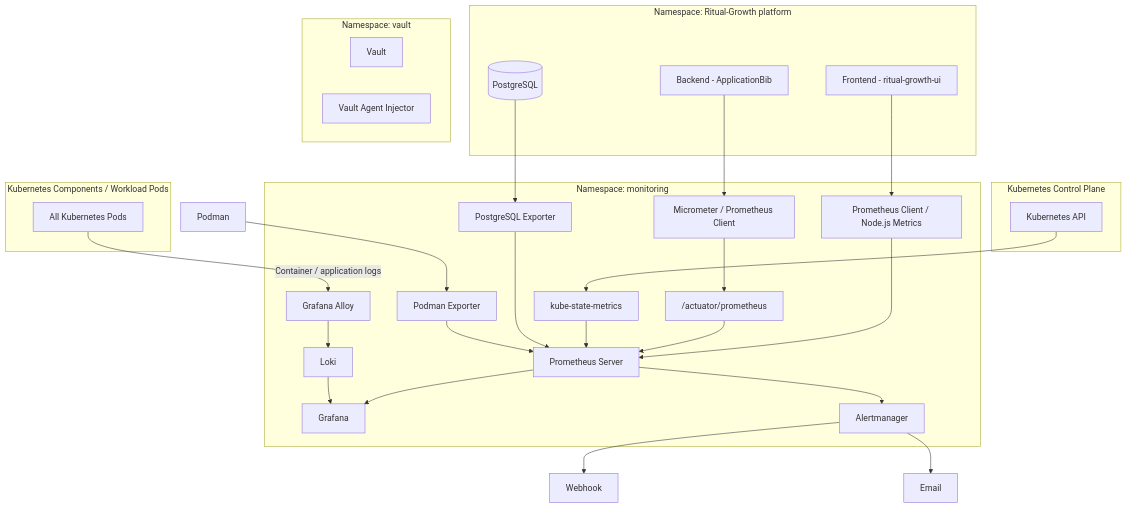
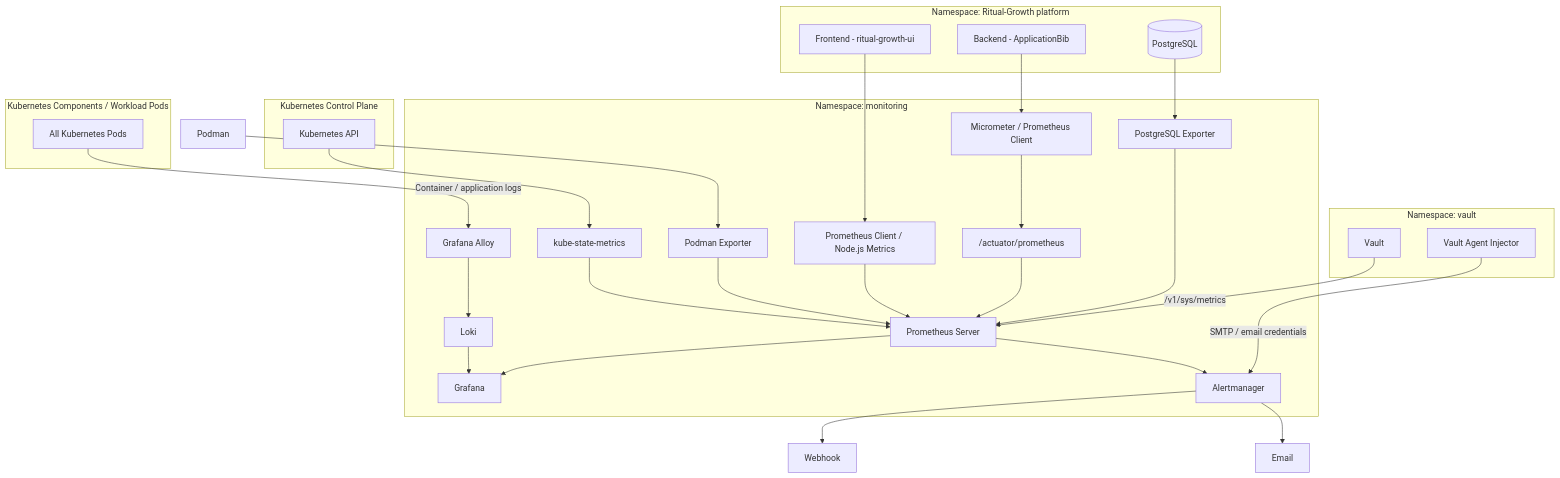
Before and after one commit to chaos-MK/ApplicationBib: the sixth of 9 diagrams in docs/threat-model/threat-model.md, drawn with Mermaid. The commit also changed 1 other file, not shown here.

Commit message:
docs(threat-model): document cert-manager for Vault Injector webhook TLS [skip ci]
Reflect the implemented cert-manager component (Terraform-installed) that issues and auto-rotates the vault-agent-injector-tls certificate consumed by the Vault Agent Injector's mutating webhook. Updates diagrams, component/data-flow/threat tables, and summary sections accordingly; no architecture, code, or infra changes.

````diff
--- a/docs/threat-model/threat-model.md
+++ b/docs/threat-model/threat-model.md
@@ -635,73 +635,79 @@
 ```mermaid
 flowchart TD
     subgraph ApplicationNamespace ["Namespace: Ritual-Growth platform"]
         FE[Frontend - ritual-growth-ui]
         BE[Backend - ApplicationBib]
         PG[(PostgreSQL)]
     end
 
     subgraph VaultNamespace ["Namespace: vault"]
         VAULT[Vault]
         VAI[Vault Agent Injector]
     end
 
     subgraph MonitoringNamespace ["Namespace: monitoring"]
         FMC[Prometheus Client / Node.js Metrics]
         MC[Micrometer / Prometheus Client]
         EP["/actuator/prometheus"]
 
         PS[Prometheus Server]
         KSM[kube-state-metrics]
         PGE[PostgreSQL Exporter]
         PEX[Podman Exporter]
 
         ALLOY[Grafana Alloy]
         LOKI[Loki]
         GF[Grafana]
         AM[Alertmanager]
     end
 
     subgraph KubernetesControlPlane ["Kubernetes Control Plane"]
         KA[Kubernetes API]
     end
 
     subgraph KubernetesComponents ["Kubernetes Components / Workload Pods"]
         KPODS[All Kubernetes Pods]
     end
 
     %% Frontend metrics
     FE --> FMC
     FMC --> PS
 
     %% Backend metrics
     BE --> MC
     MC --> EP
     EP --> PS
 
     %% Kubernetes state metrics
     KA --> KSM
     KSM --> PS
 
     %% PostgreSQL metrics
     PG --> PGE
     PGE --> PS
 
     %% Podman metrics
     PEX --> PS
     PODMAN[Podman] --> PEX
 
+    %% Vault metrics
+    VAULT -- "/v1/sys/metrics" --> PS
+
+    %% Vault-supplied Alertmanager credentials
+    VAI -- "SMTP / email credentials" --> AM
+
     %% Metrics visualization
     PS --> GF
 
     %% Cluster-wide log collection
     KPODS -- "Container / application logs" --> ALLOY
 
     %% Log storage / visualization
     ALLOY --> LOKI
     LOKI --> GF
 
     %% Alerting
     PS --> AM
     AM --> WH[Webhook]
     AM --> EM[Email]
 ```
````
